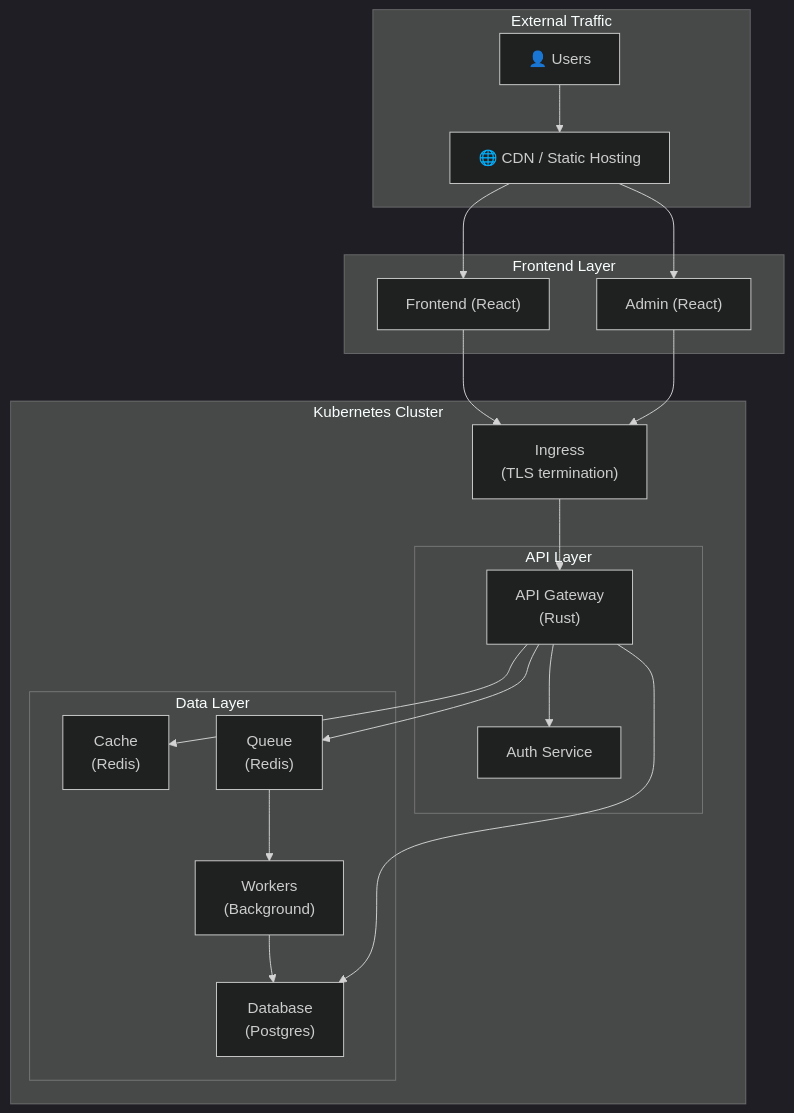
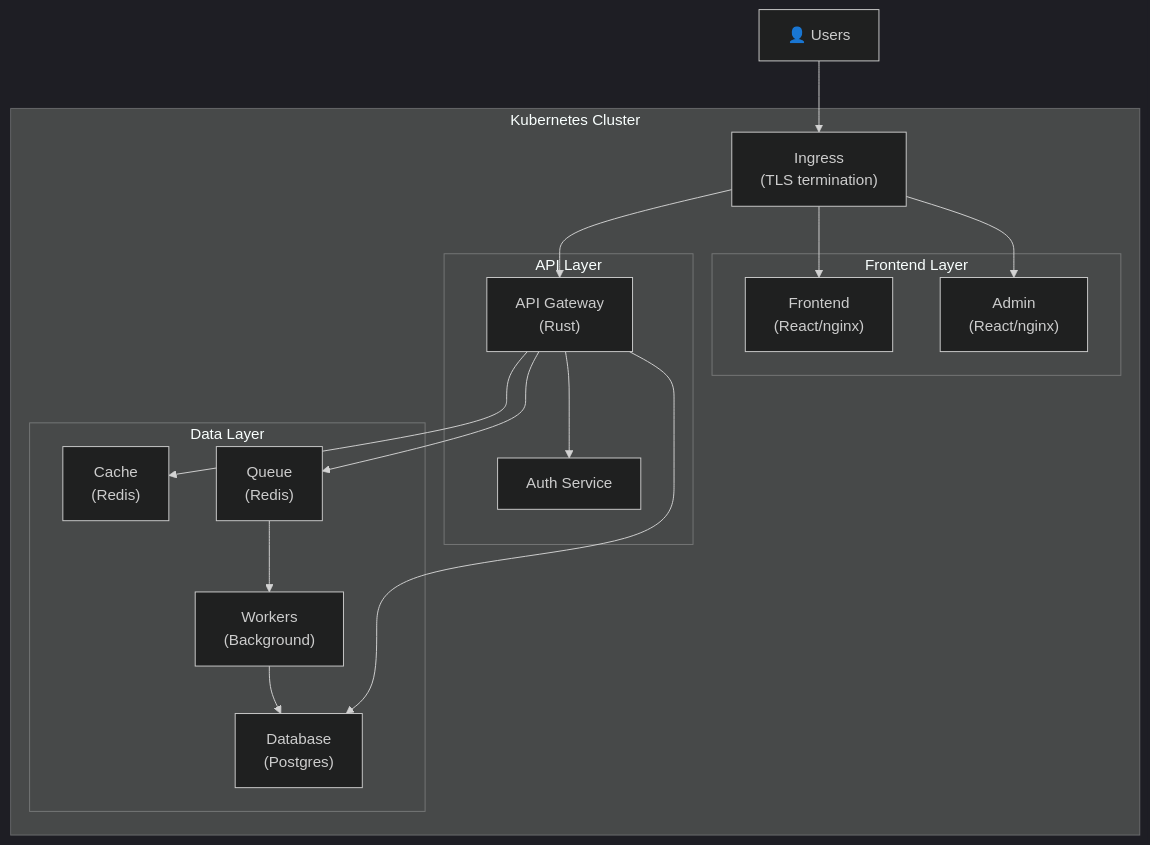
The diagram in static/patterns/from-traditional-to-kubernetes.md (mvklingeren/sk8r), drawn with Mermaid (dark theme) before and after one commit.

Commit message:
✨ feat(architecture): refine frontend deployment with ingress
- simplify architecture diagram to reflect direct ingress routing
- remove CDN and static hosting nodes for clarity
- update frontend layer description to include nginx

````diff
--- a/static/patterns/from-traditional-to-kubernetes.md
+++ b/static/patterns/from-traditional-to-kubernetes.md
@@ -488,41 +488,36 @@
 ```mermaid
 flowchart TB
-    subgraph External["External Traffic"]
-        Users["👤 Users"]
-        CDN["🌐 CDN / Static Hosting"]
-    end
-
-    subgraph Frontend["Frontend Layer"]
-        ReactApp["Frontend (React)"]
-        AdminApp["Admin (React)"]
-    end
+    Users["👤 Users"]
 
     subgraph Cluster["Kubernetes Cluster"]
         Ingress["Ingress<br/>(TLS termination)"]
+        
+        subgraph Frontend["Frontend Layer"]
+            ReactApp["Frontend<br/>(React/nginx)"]
+            AdminApp["Admin<br/>(React/nginx)"]
+        end
         
         subgraph Services["API Layer"]
             API["API Gateway<br/>(Rust)"]
             Auth["Auth Service"]
         end
         
         subgraph Data["Data Layer"]
             Cache["Cache<br/>(Redis)"]
             Queue["Queue<br/>(Redis)"]
             Workers["Workers<br/>(Background)"]
             DB["Database<br/>(Postgres)"]
         end
     end
 
-    Users --> CDN
-    CDN --> ReactApp
-    CDN --> AdminApp
-    ReactApp --> Ingress
-    AdminApp --> Ingress
+    Users --> Ingress
+    Ingress --> ReactApp
+    Ingress --> AdminApp
     Ingress --> API
     API --> Auth
     API --> Cache
     API --> Queue
     Queue --> Workers
     Workers --> DB
     API --> DB
 ```
````
